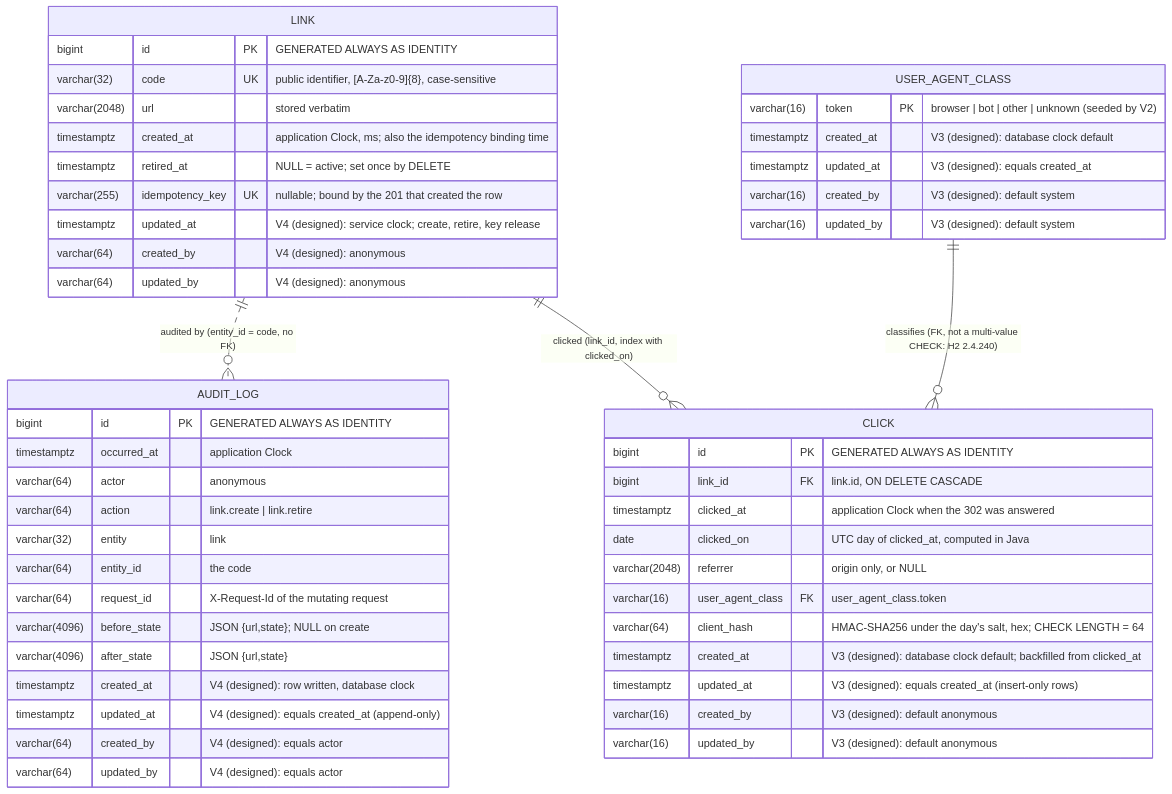
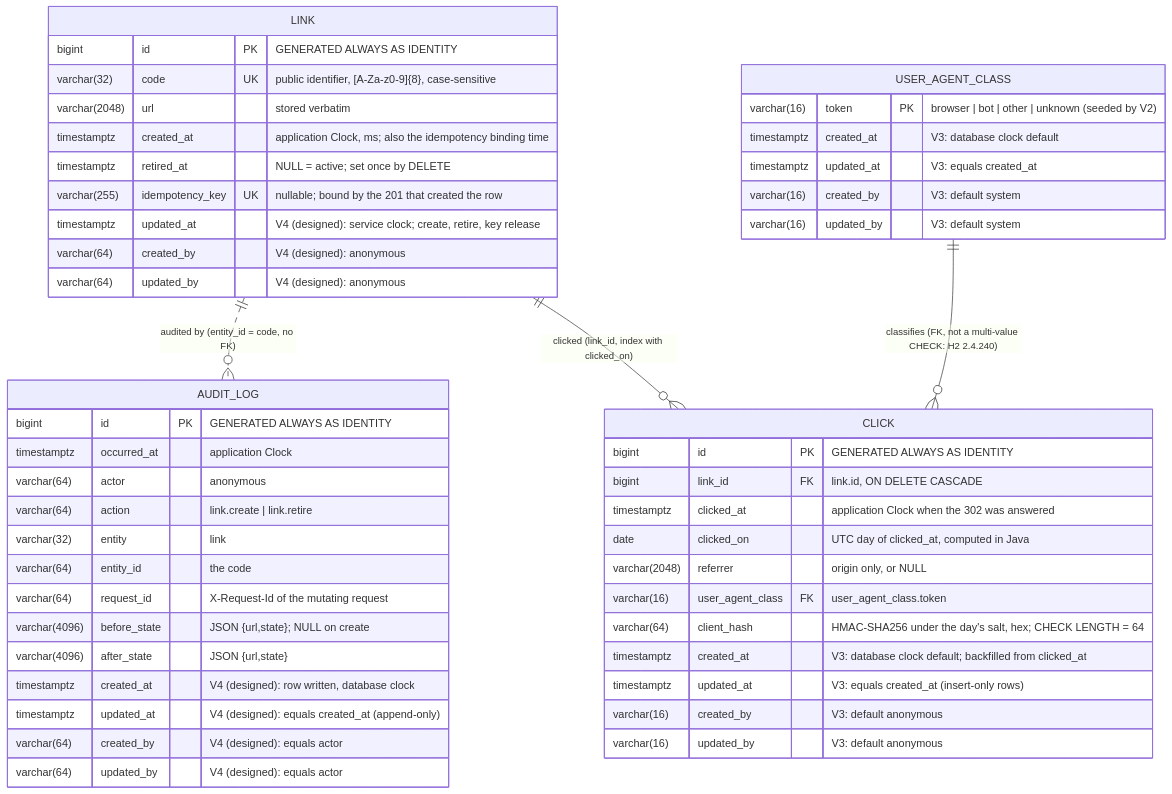
The diagram in docs/diagrams/erd.mmd (aurbanow1/url-shortener-agentic-sdlc), drawn with Mermaid before and after one commit. The commit also changed 10 other files, not shown here.

First line of the commit message:
docs(02-brownfield): design documents current at ed2b940 after four mission-02 merges

```diff
--- a/docs/diagrams/erd.mmd
+++ b/docs/diagrams/erd.mmd
@@ -1,53 +1,53 @@
-%% urlshort — entity relationship diagram (kept current by the Design Agent; last: 04-audit-columns design, V3 and V4 audit columns, not yet merged)
+%% urlshort — entity relationship diagram (kept current by the Design Agent; last: current at main ed2b940, V3 merged; V4 from the 04-audit-columns design, not yet merged)
 %% No foreign key between link and audit_log by design: audit_log identifies its subject by (entity, entity_id = code)
 %% and must outlive any future deletion of the subject (ADR-0008). click references link by id and goes with it (ADR-0013).
 erDiagram
     LINK {
         bigint id PK "GENERATED ALWAYS AS IDENTITY"
         varchar(32) code UK "public identifier, [A-Za-z0-9]{8}, case-sensitive"
         varchar(2048) url "stored verbatim"
         timestamptz created_at "application Clock, ms; also the idempotency binding time"
         timestamptz retired_at "NULL = active; set once by DELETE"
         varchar(255) idempotency_key UK "nullable; bound by the 201 that created the row"
         timestamptz updated_at "V4 (designed): service clock; create, retire, key release"
         varchar(64) created_by "V4 (designed): anonymous"
         varchar(64) updated_by "V4 (designed): anonymous"
     }
     AUDIT_LOG {
         bigint id PK "GENERATED ALWAYS AS IDENTITY"
         timestamptz occurred_at "application Clock"
         varchar(64) actor "anonymous"
         varchar(64) action "link.create | link.retire"
         varchar(32) entity "link"
         varchar(64) entity_id "the code"
         varchar(64) request_id "X-Request-Id of the mutating request"
         varchar(4096) before_state "JSON {url,state}; NULL on create"
         varchar(4096) after_state "JSON {url,state}"
         timestamptz created_at "V4 (designed): row written, database clock"
         timestamptz updated_at "V4 (designed): equals created_at (append-only)"
         varchar(64) created_by "V4 (designed): equals actor"
         varchar(64) updated_by "V4 (designed): equals actor"
     }
     CLICK {
         bigint id PK "GENERATED ALWAYS AS IDENTITY"
         bigint link_id FK "link.id, ON DELETE CASCADE"
         timestamptz clicked_at "application Clock when the 302 was answered"
         date clicked_on "UTC day of clicked_at, computed in Java"
         varchar(2048) referrer "origin only, or NULL"
         varchar(16) user_agent_class FK "user_agent_class.token"
         varchar(64) client_hash "HMAC-SHA256 under the day's salt, hex; CHECK LENGTH = 64"
-        timestamptz created_at "V3 (designed): database clock default; backfilled from clicked_at"
-        timestamptz updated_at "V3 (designed): equals created_at (insert-only rows)"
-        varchar(16) created_by "V3 (designed): default anonymous"
-        varchar(16) updated_by "V3 (designed): default anonymous"
+        timestamptz created_at "V3: database clock default; backfilled from clicked_at"
+        timestamptz updated_at "V3: equals created_at (insert-only rows)"
+        varchar(16) created_by "V3: default anonymous"
+        varchar(16) updated_by "V3: default anonymous"
     }
     USER_AGENT_CLASS {
         varchar(16) token PK "browser | bot | other | unknown (seeded by V2)"
-        timestamptz created_at "V3 (designed): database clock default"
-        timestamptz updated_at "V3 (designed): equals created_at"
-        varchar(16) created_by "V3 (designed): default system"
-        varchar(16) updated_by "V3 (designed): default system"
+        timestamptz created_at "V3: database clock default"
+        timestamptz updated_at "V3: equals created_at"
+        varchar(16) created_by "V3: default system"
+        varchar(16) updated_by "V3: default system"
     }
     LINK ||..o{ AUDIT_LOG : "audited by (entity_id = code, no FK)"
     LINK ||--o{ CLICK : "clicked (link_id, index with clicked_on)"
     USER_AGENT_CLASS ||--o{ CLICK : "classifies (FK, not a multi-value CHECK: H2 2.4.240)"
```
